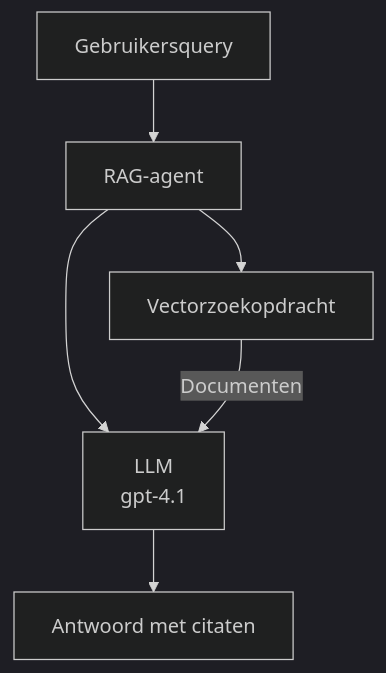
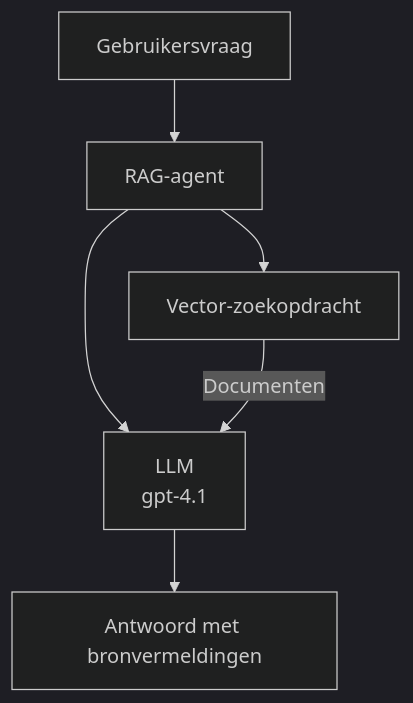
The second of 3 diagrams in translations/nl/docs/chapter-02-ai-development/agents.md (microsoft/AZD-for-beginners), drawn with Mermaid (dark theme) before and after one commit. The commit also changed other lines of this file and 104 other files, not shown here.

````diff
--- a/translations/nl/docs/chapter-02-ai-development/agents.md
+++ b/translations/nl/docs/chapter-02-ai-development/agents.md
@@ -175,8 +181,8 @@
 ```mermaid
 graph TD
-    Query[Gebruikersquery] --> RAG[RAG-agent]
-    RAG --> Vector[Vectorzoekopdracht]
+    Query[Gebruikersvraag] --> RAG[RAG-agent]
+    RAG --> Vector[Vector-zoekopdracht]
     RAG --> LLM[LLM<br/>gpt-4.1]
     Vector -- Documenten --> LLM
-    LLM --> Response[Antwoord met citaten]
+    LLM --> Response[Antwoord met bronvermeldingen]
 ```
````
